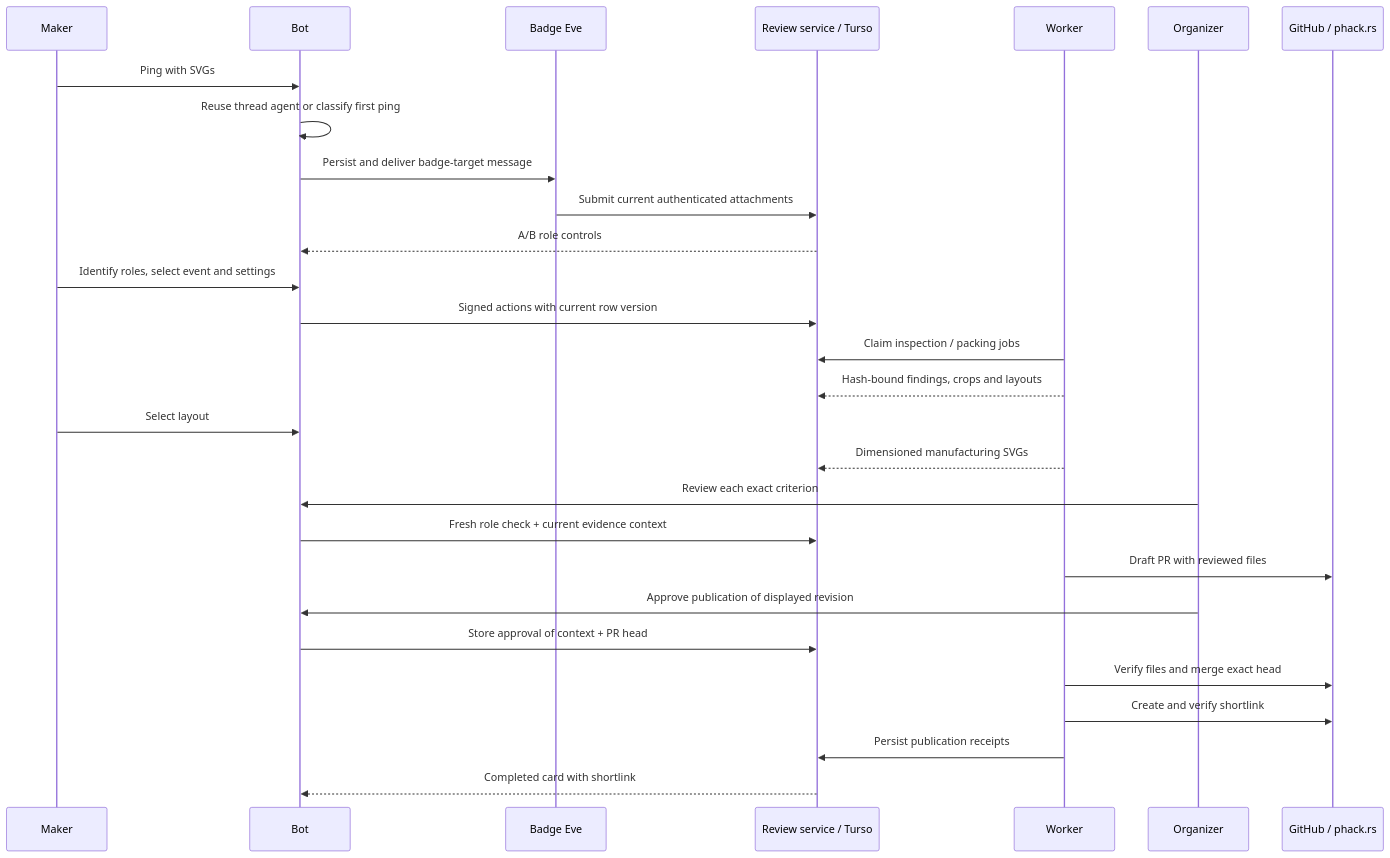
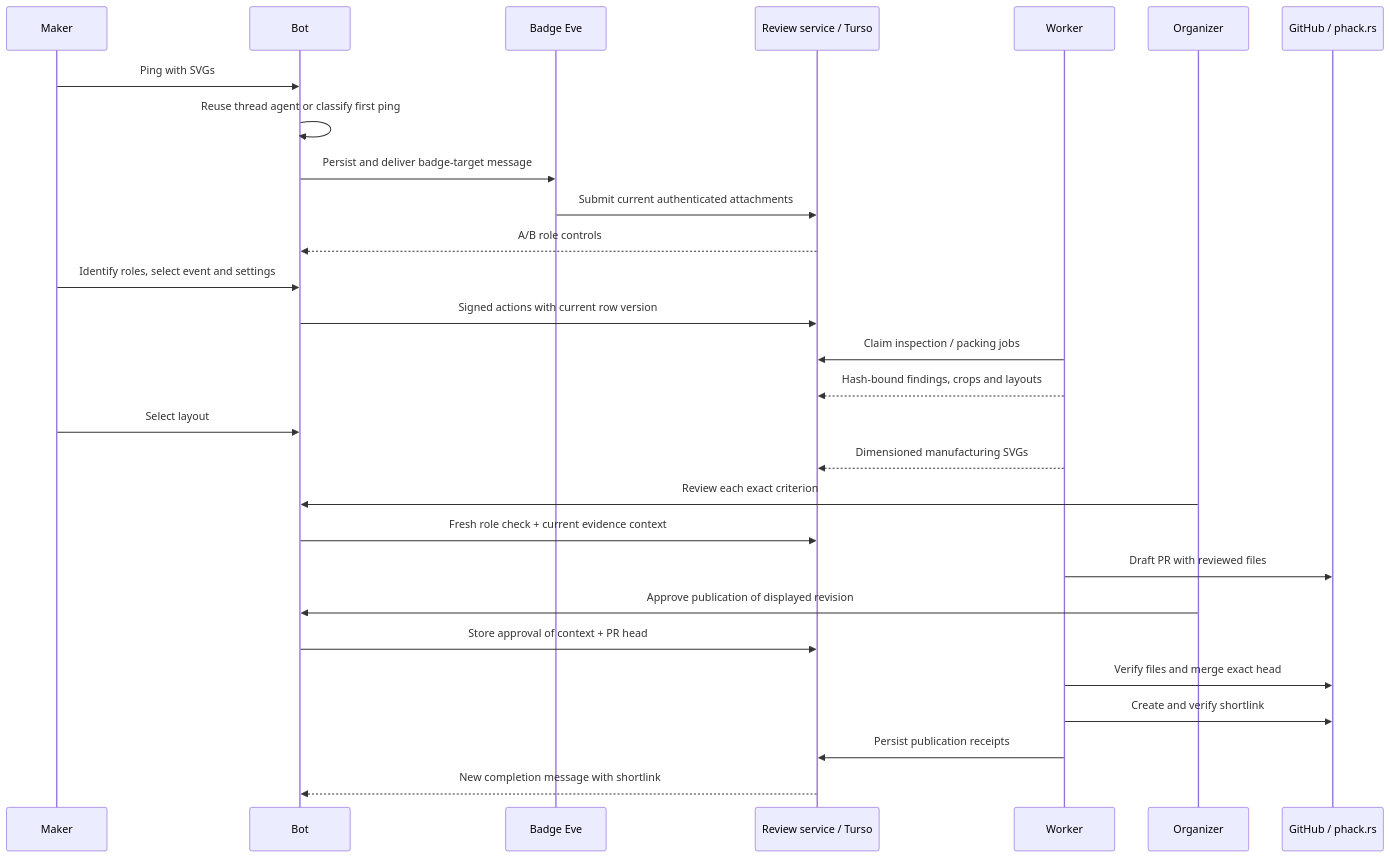
Before and after one commit to purduehackers/wack-hacker: the second of 2 diagrams in docs/badge-review.md, drawn with Mermaid. The commit also changed other lines of this file and 24 other files, not shown here.

````diff
--- a/docs/badge-review.md
+++ b/docs/badge-review.md
@@ -65,30 +65,30 @@
 ```mermaid
 sequenceDiagram
   participant Maker
   participant Bot
   participant Badge as Badge Eve
   participant Review as Review service / Turso
   participant Worker
   participant Human as Organizer
   participant Git as GitHub / phack.rs
   Maker->>Bot: Ping with SVGs
   Bot->>Bot: Reuse thread agent or classify first ping
   Bot->>Badge: Persist and deliver badge-target message
   Badge->>Review: Submit current authenticated attachments
   Review-->>Bot: A/B role controls
   Maker->>Bot: Identify roles, select event and settings
   Bot->>Review: Signed actions with current row version
   Worker->>Review: Claim inspection / packing jobs
   Worker-->>Review: Hash-bound findings, crops and layouts
   Maker->>Bot: Select layout
   Worker-->>Review: Dimensioned manufacturing SVGs
   Human->>Bot: Review each exact criterion
   Bot->>Review: Fresh role check + current evidence context
   Worker->>Git: Draft PR with reviewed files
   Human->>Bot: Approve publication of displayed revision
   Bot->>Review: Store approval of context + PR head
   Worker->>Git: Verify files and merge exact head
   Worker->>Git: Create and verify shortlink
   Worker->>Review: Persist publication receipts
-  Review-->>Bot: Completed card with shortlink
+  Review-->>Bot: New completion message with shortlink
 ```
````
